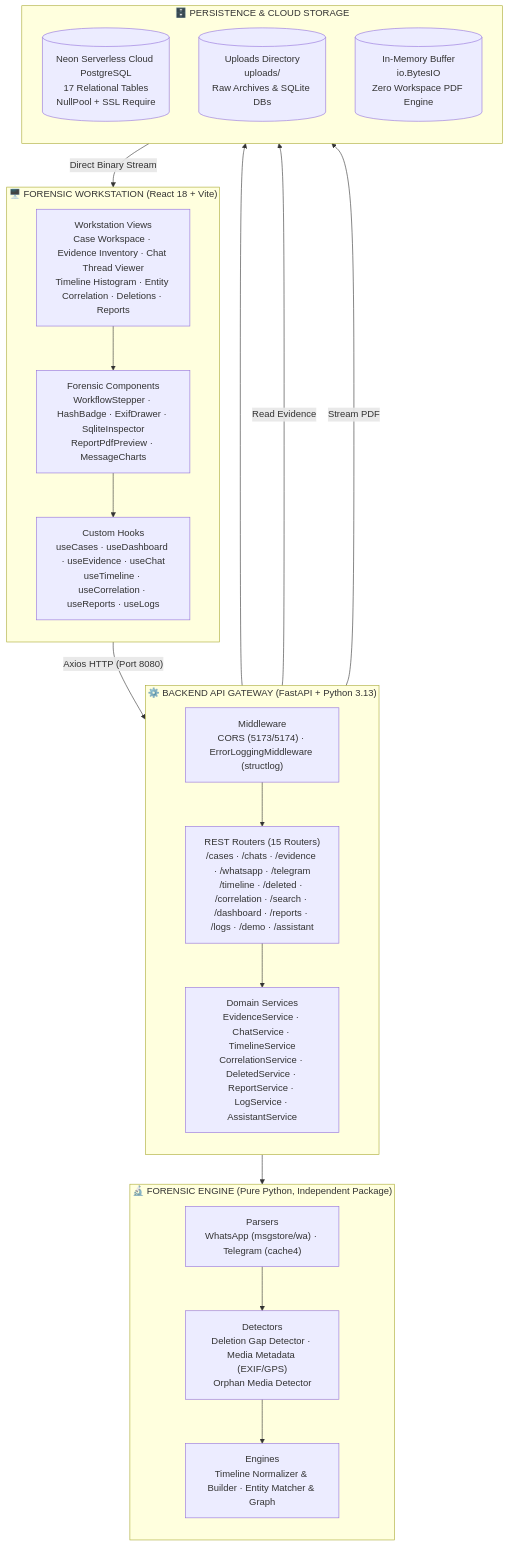
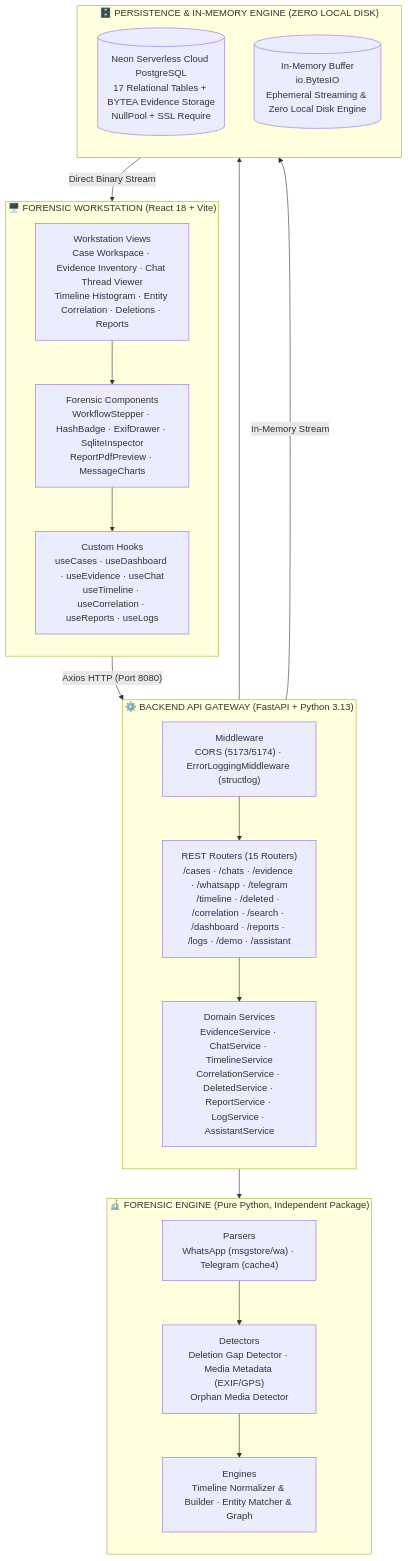
The first of 2 diagrams in EVERYTHING.md (spandan-git-hub/ArtifactX), drawn with Mermaid before and after one commit. The commit also changed other lines of this file and 1 other file, not shown here.

````diff
--- a/EVERYTHING.md
+++ b/EVERYTHING.md
@@ -124,41 +129,39 @@
 ```mermaid
 flowchart TB
     subgraph Client["🖥️ FORENSIC WORKSTATION (React 18 + Vite)"]
         direction TB
         UI["Workstation Views\nCase Workspace · Evidence Inventory · Chat Thread Viewer\nTimeline Histogram · Entity Correlation · Deletions · Reports"]
         Components["Forensic Components\nWorkflowStepper · HashBadge · ExifDrawer · SqliteInspector\nReportPdfPreview · MessageCharts"]
         Hooks["Custom Hooks\nuseCases · useDashboard · useEvidence · useChat\nuseTimeline · useCorrelation · useReports · useLogs"]
         UI --> Components
         Components --> Hooks
     end
 
     subgraph API["⚙️ BACKEND API GATEWAY (FastAPI + Python 3.13)"]
         direction TB
         MW["Middleware\nCORS (5173/5174) · ErrorLoggingMiddleware (structlog)"]
         Routers["REST Routers (15 Routers)\n/cases · /chats · /evidence · /whatsapp · /telegram\n/timeline · /deleted · /correlation · /search · /dashboard · /reports · /logs · /demo · /assistant"]
         Services["Domain Services\nEvidenceService · ChatService · TimelineService\nCorrelationService · DeletedService · ReportService · LogService · AssistantService"]
         MW --> Routers --> Services
     end
 
     subgraph ForensicEngine["🔬 FORENSIC ENGINE (Pure Python, Independent Package)"]
         direction TB
         Parsers["Parsers\nWhatsApp (msgstore/wa) · Telegram (cache4)"]
         Detectors["Detectors\nDeletion Gap Detector · Media Metadata (EXIF/GPS)\nOrphan Media Detector"]
         Engines["Engines\nTimeline Normalizer & Builder · Entity Matcher & Graph"]
         Parsers --> Detectors --> Engines
     end
 
-    subgraph Persistence["🗄️ PERSISTENCE & CLOUD STORAGE"]
+    subgraph Persistence["🗄️ PERSISTENCE & IN-MEMORY ENGINE (ZERO LOCAL DISK)"]
         direction TB
-        PG[("Neon Serverless Cloud PostgreSQL\n17 Relational Tables\nNullPool + SSL Require")]
-        RawDisk[("Uploads Directory\nuploads/\nRaw Archives & SQLite DBs")]
-        StreamBuf[("In-Memory Buffer\nio.BytesIO\nZero Workspace PDF Engine")]
+        PG[("Neon Serverless Cloud PostgreSQL\n17 Relational Tables + BYTEA Evidence Storage\nNullPool + SSL Require")]
+        StreamBuf[("In-Memory Buffer\nio.BytesIO\nEphemeral Streaming & Zero Local Disk Engine")]
     end
 
     Hooks -- "Axios HTTP (Port 8080)" --> MW
     Services --> ForensicEngine
     Services --> PG
-    Services -- "Read Evidence" --> RawDisk
-    Services -- "Stream PDF" --> StreamBuf
+    Services -- "In-Memory Stream" --> StreamBuf
     StreamBuf -- "Direct Binary Stream" --> UI
 ```
````
